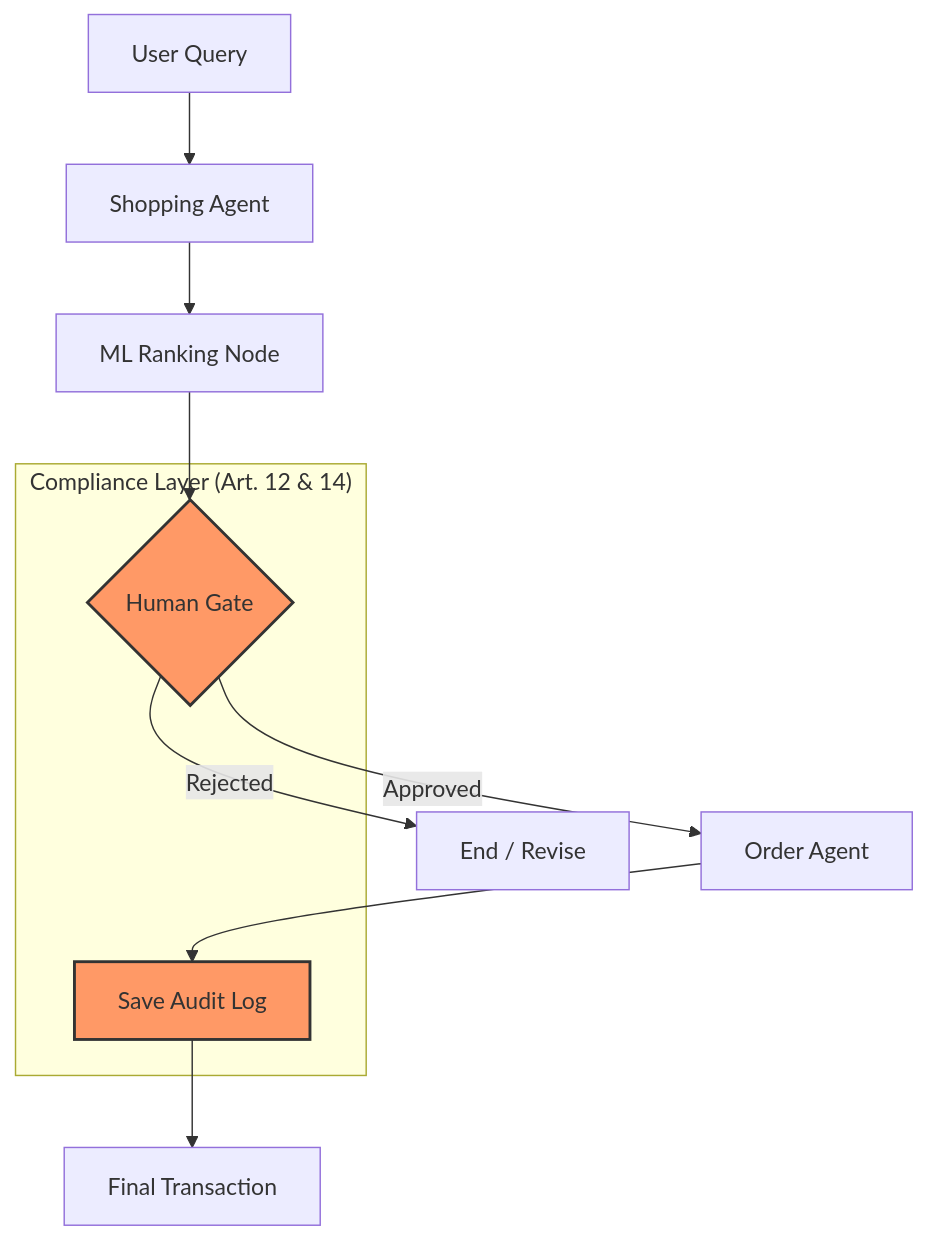
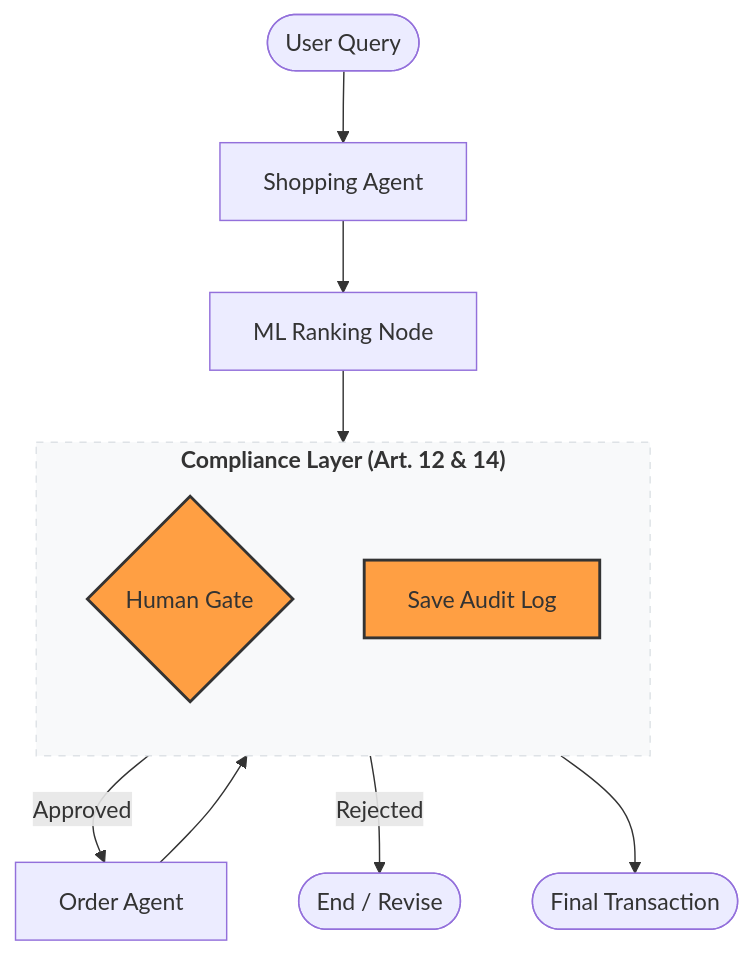
One commit to VinitaSilaparasetty/multi-agent-audit-poc changed the diagram in README.md. Above: the diagram before and after it, drawn with Mermaid.

Commit message:
docs: fix mermaid diagram layout and subgraph overlap

````diff
--- a/README.md
+++ b/README.md
@@ -11,18 +11,23 @@
 ```mermaid
-graph TD
-    A[User Query] --> B[Shopping Agent]
-    B --> C[ML Ranking Node]
-    C --> D{Human Gate}
-    D -- Rejected --> E[End / Revise]
-    D -- Approved --> F[Order Agent]
-    F --> G[Save Audit Log]
-    G --> H[Final Transaction]
+graph TB
+    %% Nodes
+    Start([User Query]) --> Shop[Shopping Agent]
+    Shop --> Rank[ML Ranking Node]
+    
+    subgraph Compliance_Layer ["<b>Compliance Layer (Art. 12 & 14)</b>"]
+        direction TB
+        Gate{Human Gate}
+        Log[Save Audit Log]
+    end
 
-    subgraph "Compliance Layer (Art. 12 & 14)"
-    D
-    G
-    end
-    
-    style D fill:#f96,stroke:#333,stroke-width:2px
-    style G fill:#f96,stroke:#333,stroke-width:2px
+    Rank --> Gate
+    Gate -- Approved --> Order[Order Agent]
+    Gate -- Rejected --> End([End / Revise])
+    Order --> Log
+    Log --> Final([Final Transaction])
+
+    %% Styling
+    style Gate fill:#ff9f43,stroke:#333,stroke-width:2px
+    style Log fill:#ff9f43,stroke:#333,stroke-width:2px
+    style Compliance_Layer fill:#f8f9fa,stroke:#dee2e6,stroke-dasharray: 5 5
 ```
````
